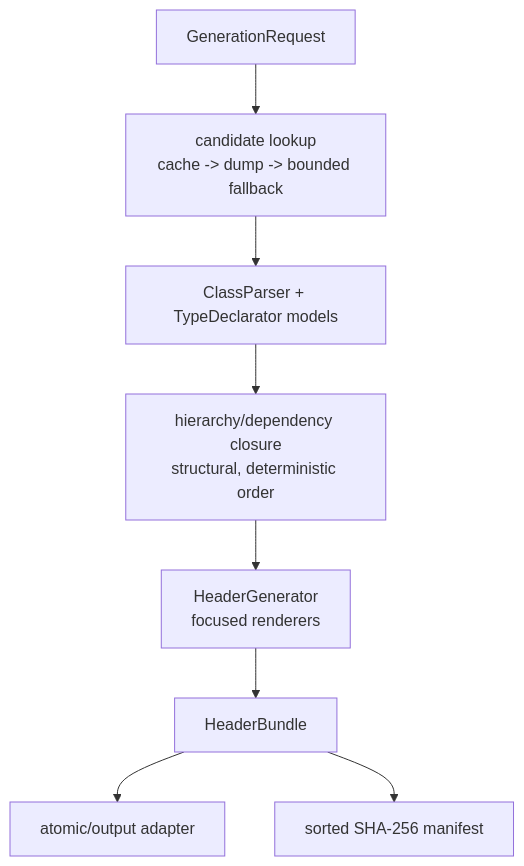
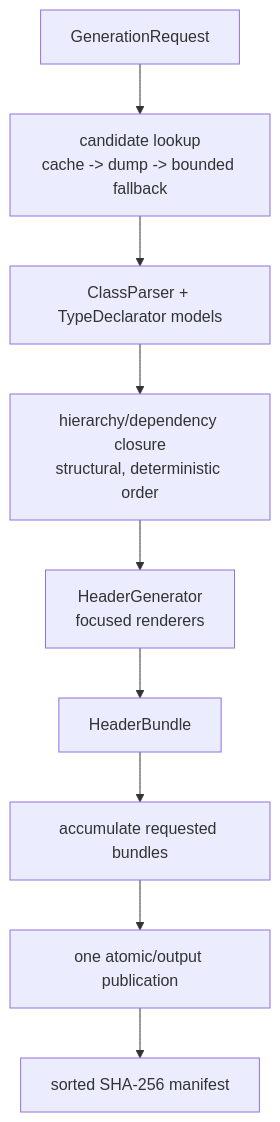
The fourth of 4 diagrams in docs/GENERATION_FLOWS.md (ddon-research/ddon-dwarf-reconstructor), drawn with Mermaid before and after one commit. The commit also changed other lines of this file and 34 other files, not shown here.

````diff
--- a/docs/GENERATION_FLOWS.md
+++ b/docs/GENERATION_FLOWS.md
@@ -241,10 +241,11 @@
 ```mermaid
 flowchart TD
     Request["GenerationRequest"] --> Lookup["candidate lookup\ncache -> dump -> bounded fallback"]
     Lookup --> Parse["ClassParser + TypeDeclarator models"]
     Parse --> Closure["hierarchy/dependency closure\nstructural, deterministic order"]
     Closure --> Render["HeaderGenerator\nfocused renderers"]
     Render --> Bundle["HeaderBundle"]
-    Bundle --> Output["atomic/output adapter"]
-    Bundle --> Manifest["sorted SHA-256 manifest"]
+    Bundle --> Output["accumulate requested bundles"]
+    Output --> Publish["one atomic/output publication"]
+    Publish --> Manifest["sorted SHA-256 manifest"]
 ```
````
